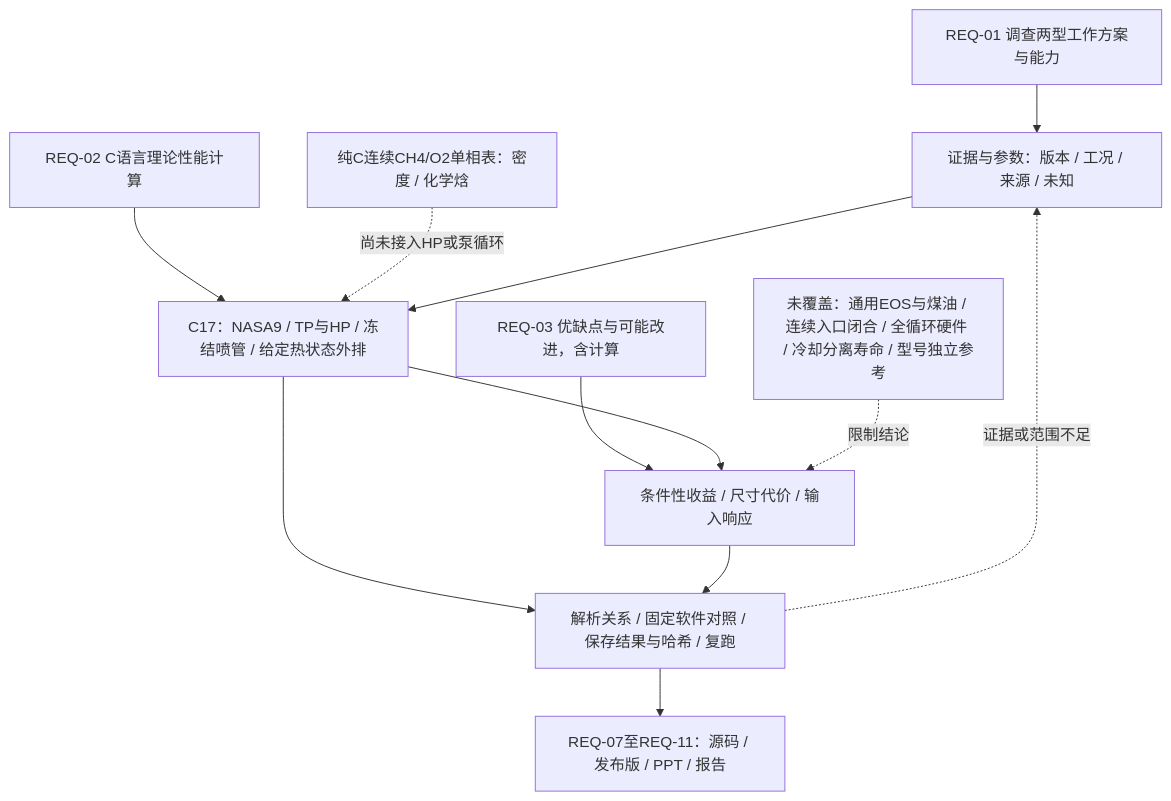
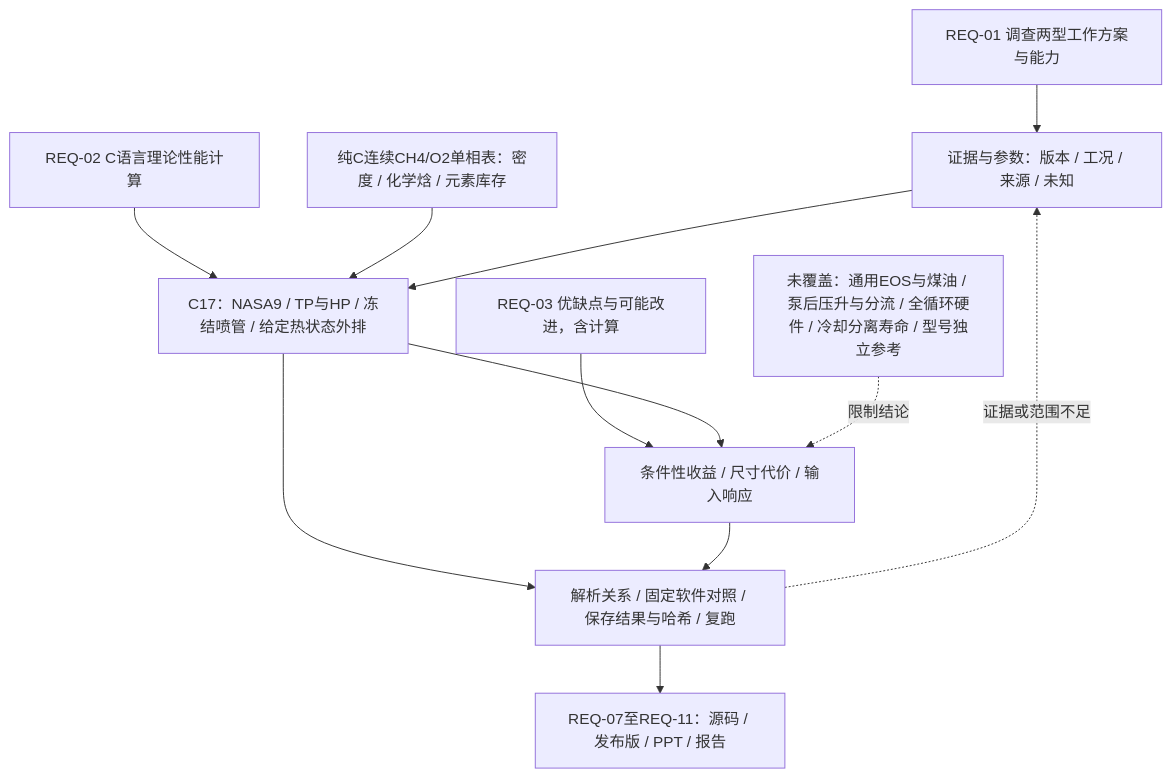
Before and after one commit to 2725238326/rocketperf-course-research: the diagram in docs/architecture/assignment.mmd, drawn with Mermaid. The commit also changed 217 other files, not shown here.

```diff
--- a/docs/architecture/assignment.mmd
+++ b/docs/architecture/assignment.mmd
@@ -1,11 +1,11 @@
 flowchart TD
   A[REQ-01 调查两型工作方案与能力] --> E[证据与参数：版本 / 工况 / 来源 / 未知]
   B[REQ-02 C语言理论性能计算] --> C[C17：NASA9 / TP与HP / 冻结喷管 / 给定热状态外排]
-  L[纯C连续CH4/O2单相表：密度 / 化学焓] -. 尚未接入HP或泵循环 .-> C
+  L[纯C连续CH4/O2单相表：密度 / 化学焓 / 元素库存] --> C
   R[REQ-03 优缺点与可能改进，含计算] --> I[条件性收益 / 尺寸代价 / 输入响应]
   E --> C --> I
   C --> V[解析关系 / 固定软件对照 / 保存结果与哈希 / 复跑]
   I --> V
   V --> D[REQ-07至REQ-11：源码 / 发布版 / PPT / 报告]
   V -. 证据或范围不足 .-> E
-  U[未覆盖：通用EOS与煤油 / 连续入口闭合 / 全循环硬件 / 冷却分离寿命 / 型号独立参考] -. 限制结论 .-> I
+  U[未覆盖：通用EOS与煤油 / 泵后压升与分流 / 全循环硬件 / 冷却分离寿命 / 型号独立参考] -. 限制结论 .-> I
```
